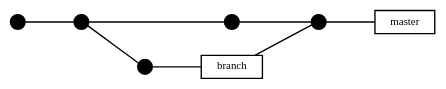
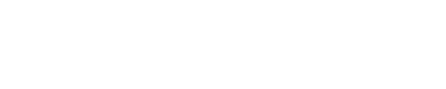
Before and after one commit to correl/correl.github.io: the third of 11 diagrams in blog.org, drawn with Graphviz. The commit also changed other lines of this file and 20 other files, not shown here.

Commit message:
Fix git graph post to work with hugo

```diff
--- a/blog.org
+++ b/blog.org
@@ -1273,14 +1250,14 @@
-#+begin_src dot :file (vector-image "graph-labels")
+#+begin_src dot :file "git-graphs-labels.svg"
   digraph G {
           rankdir="LR";
           bgcolor="transparent";
-          node[width=0.15, height=0.15, shape=point,fontsize=8.0];
-          edge[weight=2, arrowhead=none];
+          node[width=0.15, height=0.15, shape=point,fontsize=8.0,color=white,fontcolor=white];
+          edge[weight=2, arrowhead=none,color=white];
           node[group=main];
           1 -> 2 -> 3 -> 4 -> 5;
           5[shape=box,label=master];
           node[group=branch1];
           2 -> 6 -> 7 -> 4;
           7[shape=box,label=branch];
   }
 #+end_src
```
